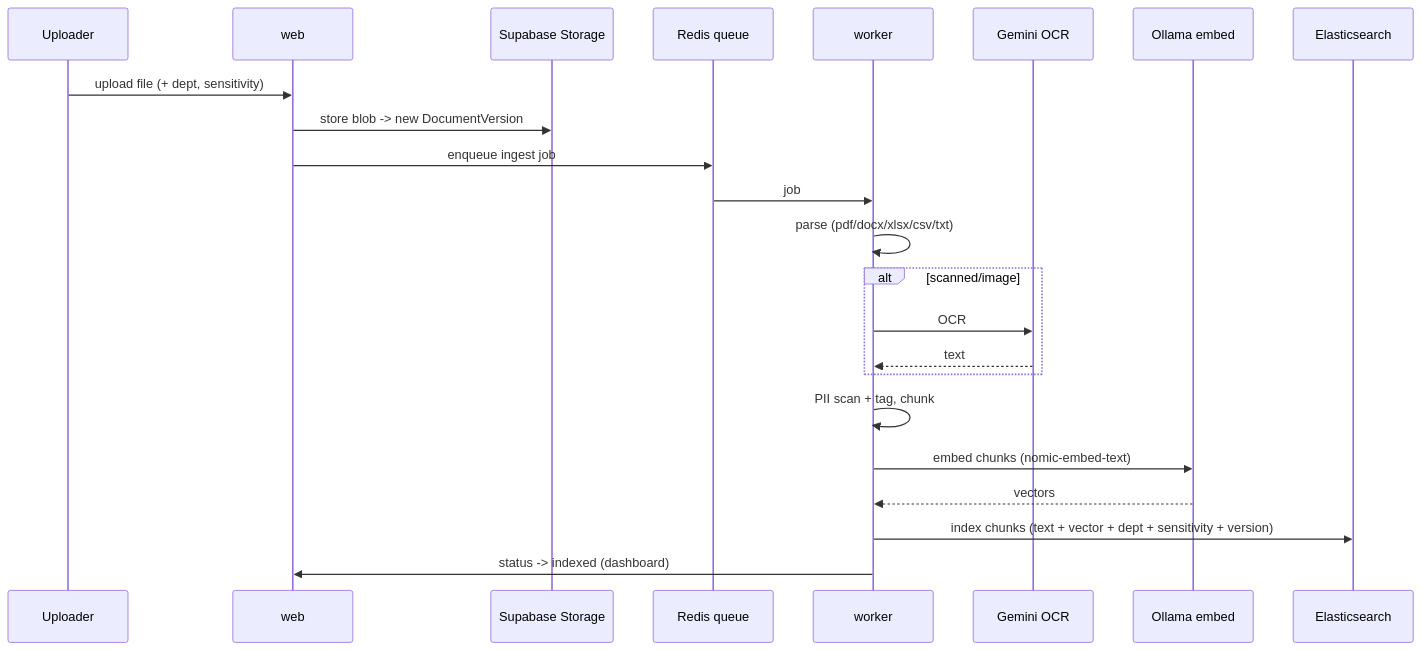
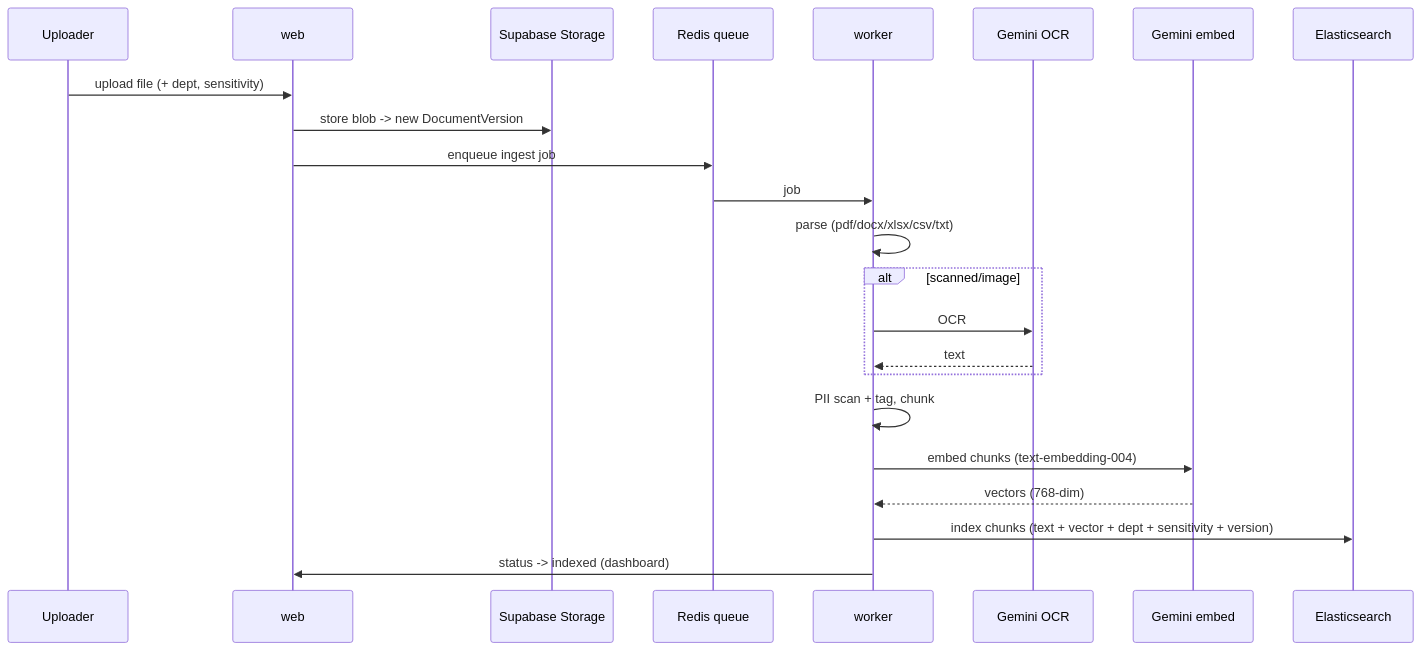
One commit to rukonpama54321/refinery-iq changed the fifth of 6 diagrams in docs/03-architecture.md. Above: the diagram before and after it, drawn with Mermaid. The commit also changed other lines of this file and 6 other files, not shown here.

````diff
--- a/docs/03-architecture.md
+++ b/docs/03-architecture.md
@@ -148,25 +146,25 @@
 ```mermaid
 sequenceDiagram
     participant U as Uploader
     participant W as web
     participant S as Supabase Storage
     participant Q as Redis queue
     participant K as worker
     participant G as Gemini OCR
-    participant OL as Ollama embed
+    participant OL as Gemini embed
     participant E as Elasticsearch
     U->>W: upload file (+ dept, sensitivity)
     W->>S: store blob -> new DocumentVersion
     W->>Q: enqueue ingest job
     Q->>K: job
     K->>K: parse (pdf/docx/xlsx/csv/txt)
     alt scanned/image
         K->>G: OCR
         G-->>K: text
     end
     K->>K: PII scan + tag, chunk
-    K->>OL: embed chunks (nomic-embed-text)
-    OL-->>K: vectors
+    K->>OL: embed chunks (text-embedding-004)
+    OL-->>K: vectors (768-dim)
     K->>E: index chunks (text + vector + dept + sensitivity + version)
     K->>W: status -> indexed (dashboard)
 ```
````
